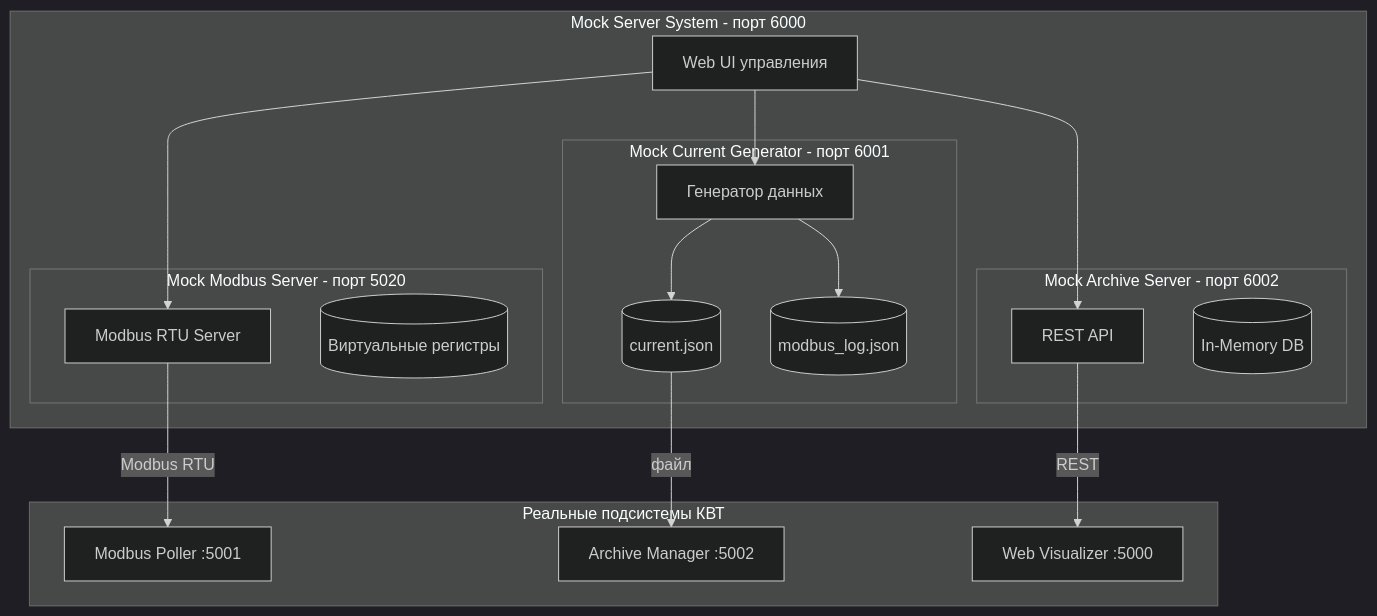
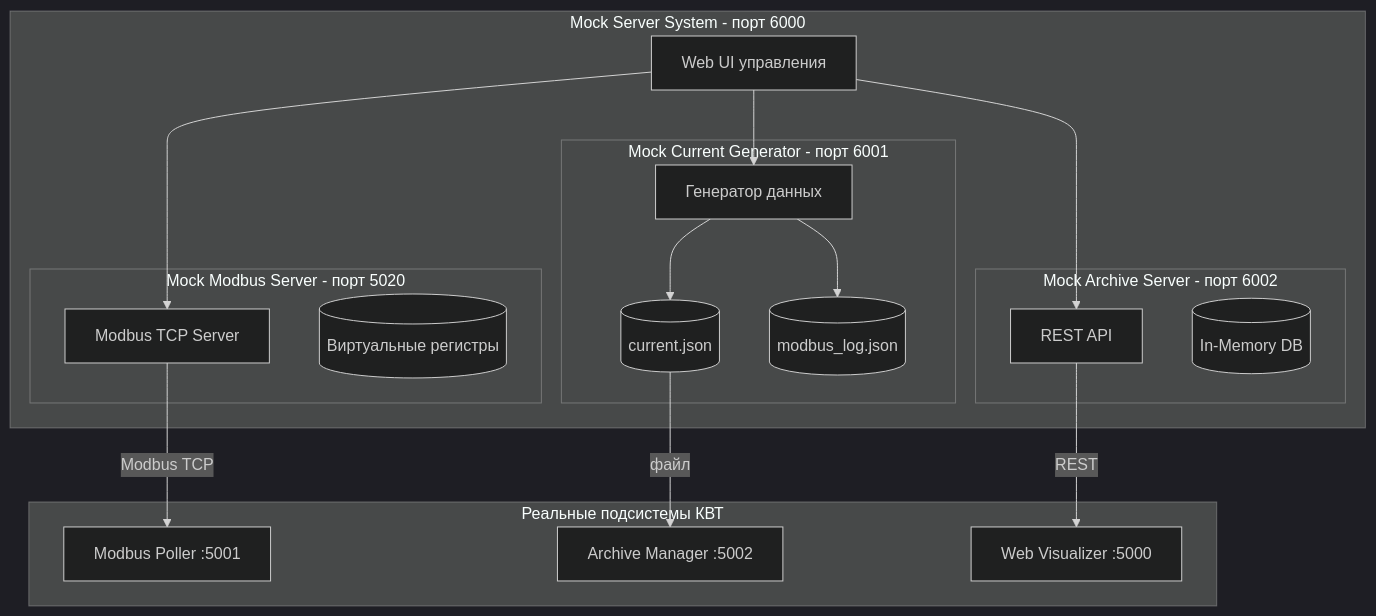
The first of 2 diagrams in MocTestServer/ТЗ Система тестовых входных данных.md (goreliy/-_-), drawn with Mermaid (dark theme) before and after one commit. The commit also changed other lines of this file and 62 other files, not shown here.

````diff
--- a/MocTestServer/ТЗ Система тестовых входных данных.md
+++ b/MocTestServer/ТЗ Система тестовых входных данных.md
@@ -52,38 +52,38 @@
 ```mermaid
 flowchart TB
     subgraph mockservers [Mock Server System - порт 6000]
         ui[Web UI управления]
         
         subgraph mock1 [Mock Modbus Server - порт 5020]
-            modbus_rtu[Modbus RTU Server]
+            modbus_tcp[Modbus TCP Server]
             virtual_regs[(Виртуальные регистры)]
         end
         
         subgraph mock2 [Mock Current Generator - порт 6001]
             current_gen[Генератор данных]
             current_json[(current.json)]
             modbus_log[(modbus_log.json)]
         end
         
         subgraph mock3 [Mock Archive Server - порт 6002]
             archive_api[REST API]
             memory_db[(In-Memory DB)]
         end
     end
     
     subgraph real [Реальные подсистемы КВТ]
         poller[Modbus Poller :5001]
         archiver[Archive Manager :5002]
         visualizer[Web Visualizer :5000]
     end
     
-    ui --> modbus_rtu
+    ui --> modbus_tcp
     ui --> current_gen
     ui --> archive_api
     
-    modbus_rtu -->|Modbus RTU| poller
+    modbus_tcp -->|Modbus TCP| poller
     current_gen --> current_json
     current_gen --> modbus_log
     current_json -->|файл| archiver
     archive_api -->|REST| visualizer
 ```
````
